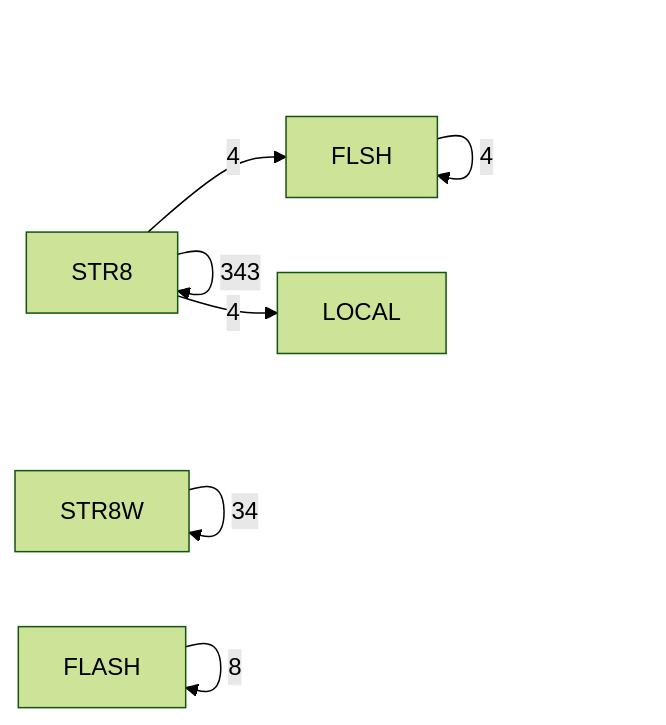
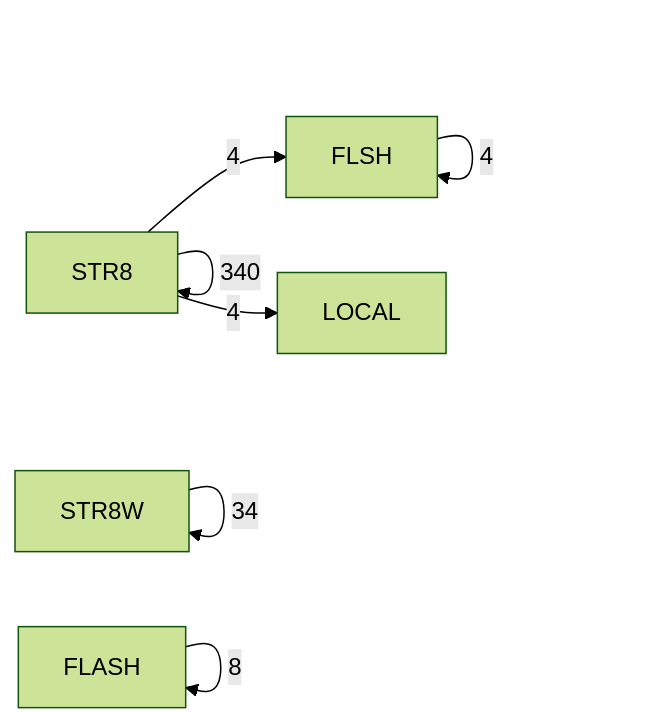
Before and after one commit to 95westus/R-YORS: the fifth of 6 diagrams in DOC/GENERATED/ROUTINE_CLASS_DIAGRAM.md, drawn with Mermaid (forest theme). The commit also changed other lines of this file and 19 other files, not shown here.

````diff
--- a/DOC/GENERATED/ROUTINE_CLASS_DIAGRAM.md
+++ b/DOC/GENERATED/ROUTINE_CLASS_DIAGRAM.md
@@ -77,9 +77,9 @@
 ```mermaid
 flowchart LR
-    P_STR8[STR8] -->|343| P_STR8[STR8]
+    P_STR8[STR8] -->|340| P_STR8[STR8]
     P_STR8W[STR8W] -->|34| P_STR8W[STR8W]
     P_FLASH[FLASH] -->|8| P_FLASH[FLASH]
     P_FLSH[FLSH] -->|4| P_FLSH[FLSH]
     P_STR8[STR8] -->|4| P_FLSH[FLSH]
     P_STR8[STR8] -->|4| P_LOCAL[LOCAL]
 ```
````
